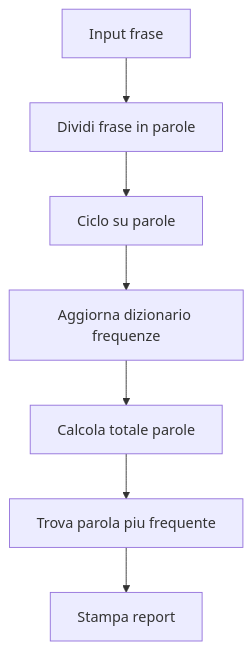
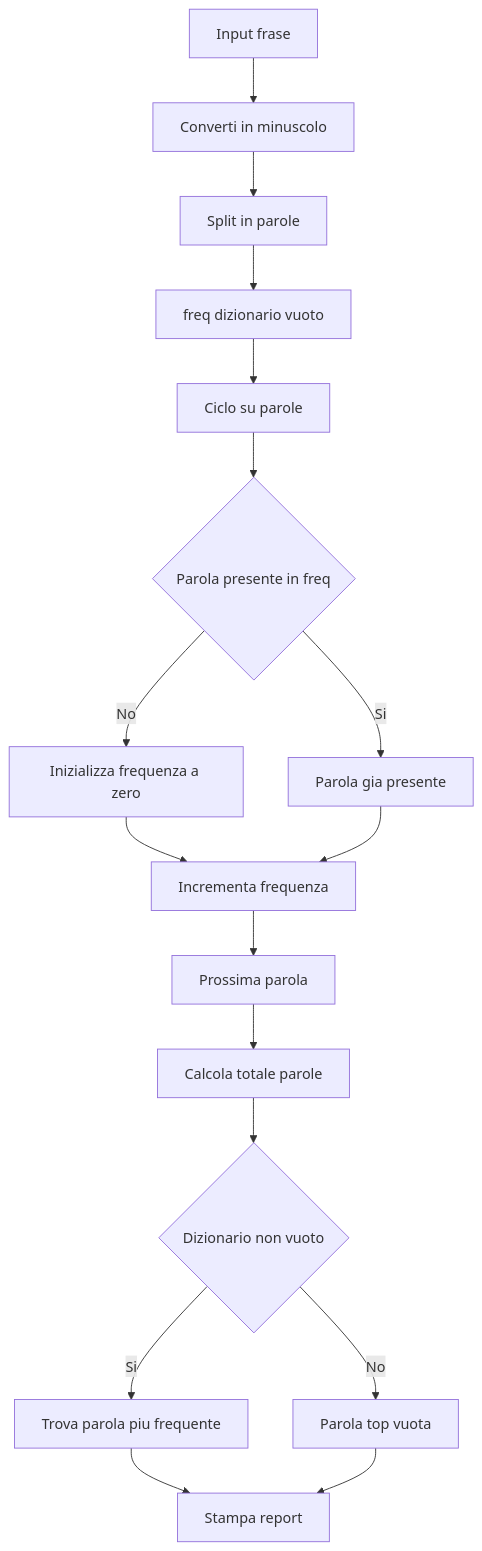
Before and after one commit to lucadagati/Lab_Fondamenti_di_Informatica_25_26: the tenth of 10 diagrams in 04-python-jupyter-analisi-biomedica/README.md, drawn with Mermaid. The commit also changed other lines of this file, not shown here.

First line of the commit message:
Migliora flowchart esercizi 5, 7 e 10

````diff
--- a/04-python-jupyter-analisi-biomedica/README.md
+++ b/04-python-jupyter-analisi-biomedica/README.md
@@ -212,9 +232,19 @@
 ```mermaid
 flowchart TD
-    A[Input frase] --> B[Dividi frase in parole]
-    B --> C[Ciclo su parole]
-    C --> D[Aggiorna dizionario frequenze]
-    D --> E[Calcola totale parole]
-    E --> F[Trova parola piu frequente]
-    F --> G[Stampa report]
+    A[Input frase] --> B[Converti in minuscolo]
+    B --> C[Split in parole]
+    C --> D[freq dizionario vuoto]
+    D --> E[Ciclo su parole]
+    E --> F{Parola presente in freq}
+    F -- No --> G[Inizializza frequenza a zero]
+    F -- Si --> H[Parola gia presente]
+    G --> I[Incrementa frequenza]
+    H --> I
+    I --> J[Prossima parola]
+    J --> K[Calcola totale parole]
+    K --> L{Dizionario non vuoto}
+    L -- Si --> M[Trova parola piu frequente]
+    L -- No --> N[Parola top vuota]
+    M --> O[Stampa report]
+    N --> O
 ```
````
